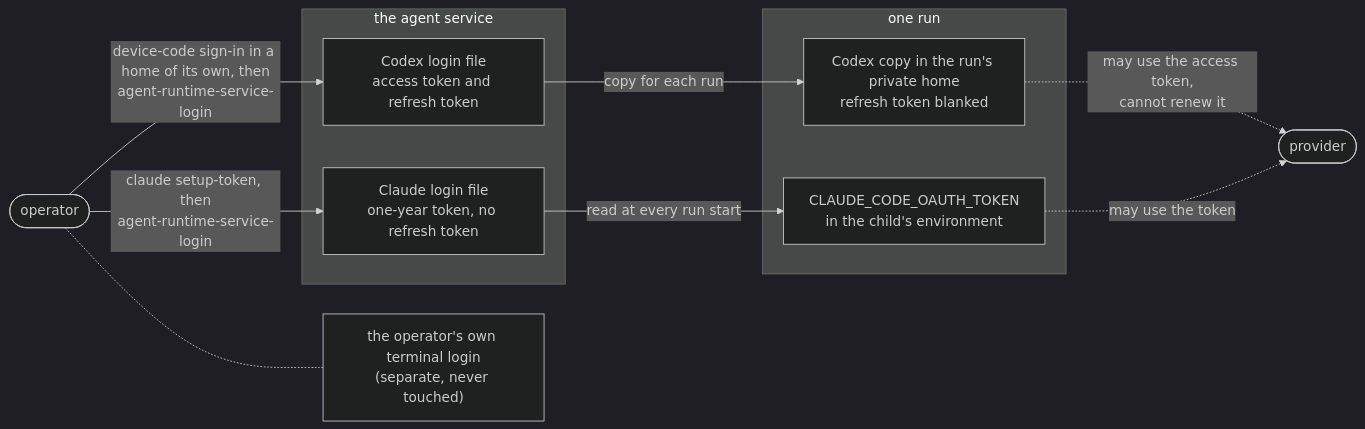
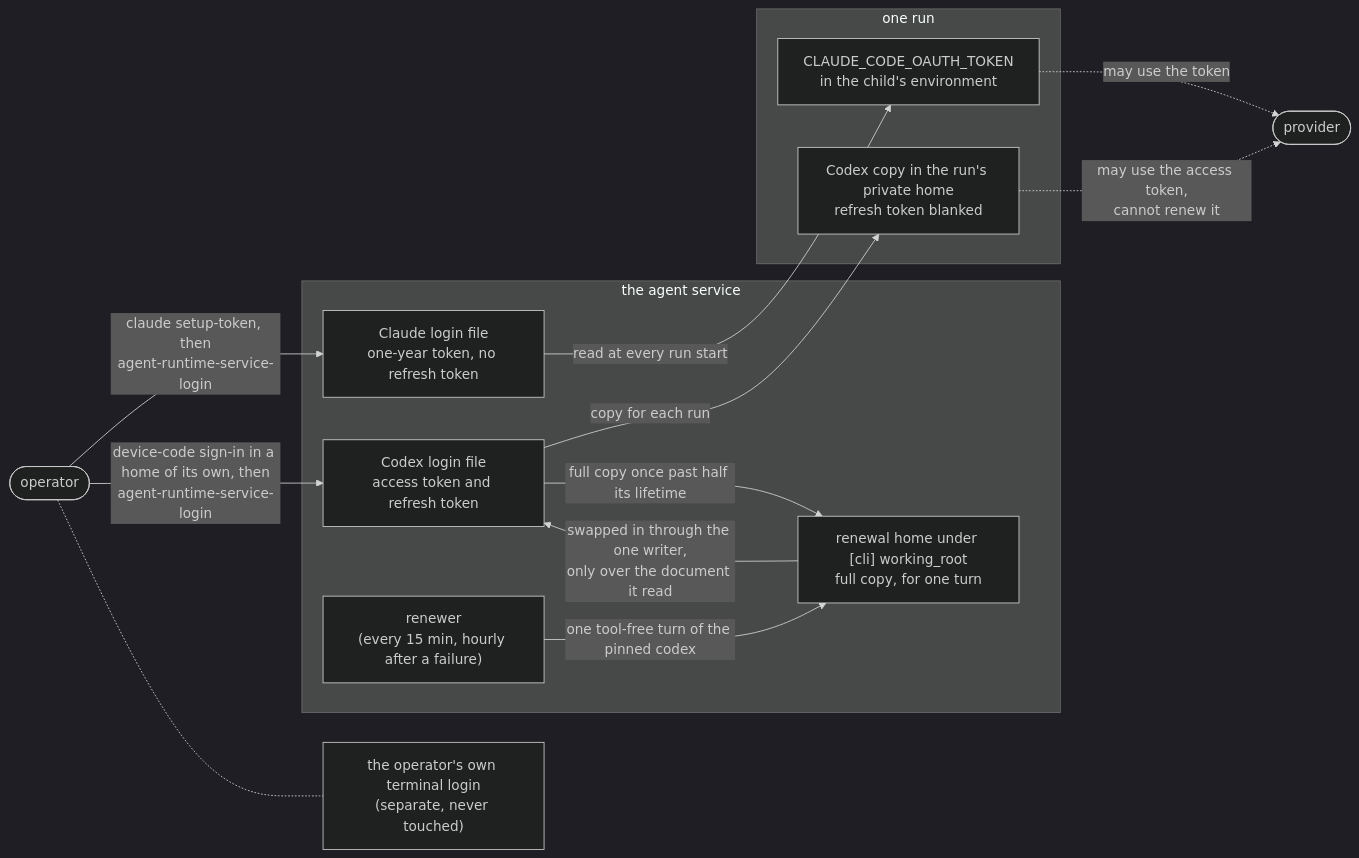
The third of 3 diagrams in docs/ARCHITECTURE.md (overnightworks/agent-runtime), drawn with Mermaid (dark theme) before and after one commit. The commit also changed other lines of this file and 11 other files, not shown here.

First line of the commit message:
The service renews the dedicated Codex login from its own lifespan

````diff
--- a/docs/ARCHITECTURE.md
+++ b/docs/ARCHITECTURE.md
@@ -115,23 +116,28 @@
 ```mermaid
 flowchart LR
     operator(["operator"])
     terminal["the operator's own terminal login<br/>(separate, never touched)"]
 
     subgraph service ["the agent service"]
         claudefile["Claude login file<br/>one-year token, no refresh token"]
         codexfile["Codex login file<br/>access token and refresh token"]
+        renewer["renewer<br/>(every 15 min, hourly after a failure)"]
+        renewalhome["renewal home under [cli] working_root<br/>full copy, for one turn"]
     end
 
     subgraph runs ["one run"]
         claudeenv["CLAUDE_CODE_OAUTH_TOKEN<br/>in the child's environment"]
         codexcopy["Codex copy in the run's private home<br/>refresh token blanked"]
     end
 
     operator -->|"claude setup-token, then<br/>agent-runtime-service-login"| claudefile
     operator -->|"device-code sign-in in a home of its own, then<br/>agent-runtime-service-login"| codexfile
     claudefile -->|"read at every run start"| claudeenv
     codexfile -->|"copy for each run"| codexcopy
+    codexfile -->|"full copy once past half its lifetime"| renewalhome
+    renewer -->|"one tool-free turn of the pinned codex"| renewalhome
+    renewalhome -->|"swapped in through the one writer,<br/>only over the document it read"| codexfile
     codexcopy -.->|"may use the access token,<br/>cannot renew it"| provider(["provider"])
     claudeenv -.->|"may use the token"| provider
     operator -.- terminal
 ```
````
